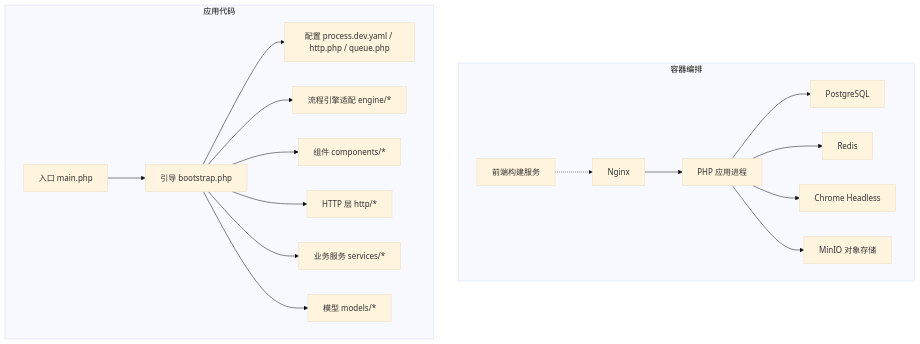
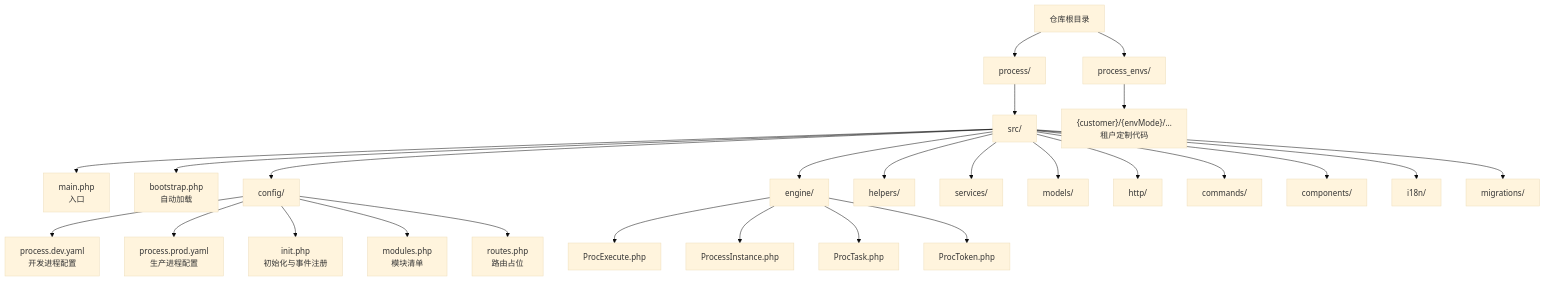
Before and after one commit to sxlianlinbin/process_rules: the first of 7 diagrams in repowiki/zh/content/项目概述.md, drawn with Mermaid (base theme). The commit also changed other lines of this file and 207 other files, not shown here.

````diff
--- a/repowiki/zh/content/项目概述.md
+++ b/repowiki/zh/content/项目概述.md
@@ -50,35 +48,28 @@
 ```mermaid
 graph TB
-subgraph "容器编排"
-Nginx["Nginx"]
-PHP["PHP 应用进程"]
-Postgres["PostgreSQL"]
-Redis["Redis"]
-Chrome["Chrome Headless"]
-Minio["MinIO 对象存储"]
-Frontend["前端构建服务"]
-end
-subgraph "应用代码"
-Entry["入口 main.php"]
-Bootstrap["引导 bootstrap.php"]
-Config["配置 process.dev.yaml / http.php / queue.php"]
-Engine["流程引擎适配 engine/*"]
-Components["组件 components/*"]
-Http["HTTP 层 http/*"]
-Services["业务服务 services/*"]
-Models["模型 models/*"]
-end
-Nginx --> PHP
-PHP --> Postgres
-PHP --> Redis
-PHP --> Chrome
-PHP --> Minio
-Frontend -.-> Nginx
-Entry --> Bootstrap
-Bootstrap --> Config
-Bootstrap --> Engine
-Bootstrap --> Components
-Bootstrap --> Http
-Bootstrap --> Services
-Bootstrap --> Models
+A["仓库根目录"] --> B["process/"]
+A --> C["process_envs/"]
+B --> B1["src/"]
+B1 --> B11["main.php<br/>入口"]
+B1 --> B12["bootstrap.php<br/>自动加载"]
+B1 --> B13["config/"]
+B13 --> B131["process.dev.yaml<br/>开发进程配置"]
+B13 --> B132["process.prod.yaml<br/>生产进程配置"]
+B13 --> B133["init.php<br/>初始化与事件注册"]
+B13 --> B134["modules.php<br/>模块清单"]
+B13 --> B135["routes.php<br/>路由占位"]
+B1 --> B14["engine/"]
+B14 --> B141["ProcExecute.php"]
+B14 --> B142["ProcessInstance.php"]
+B14 --> B143["ProcTask.php"]
+B14 --> B144["ProcToken.php"]
+B1 --> B15["helpers/"]
+B1 --> B16["services/"]
+B1 --> B17["models/"]
+B1 --> B18["http/"]
+B1 --> B19["commands/"]
+B1 --> B1A["components/"]
+B1 --> B1B["i18n/"]
+B1 --> B1C["migrations/"]
+C --> C1["{customer}/{envMode}/...<br/>租户定制代码"]
 ```
````
